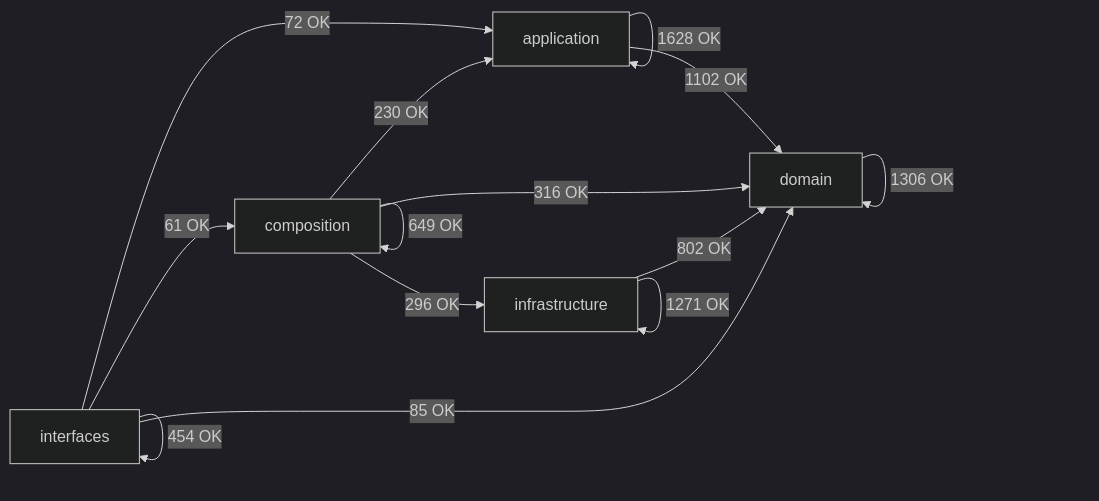
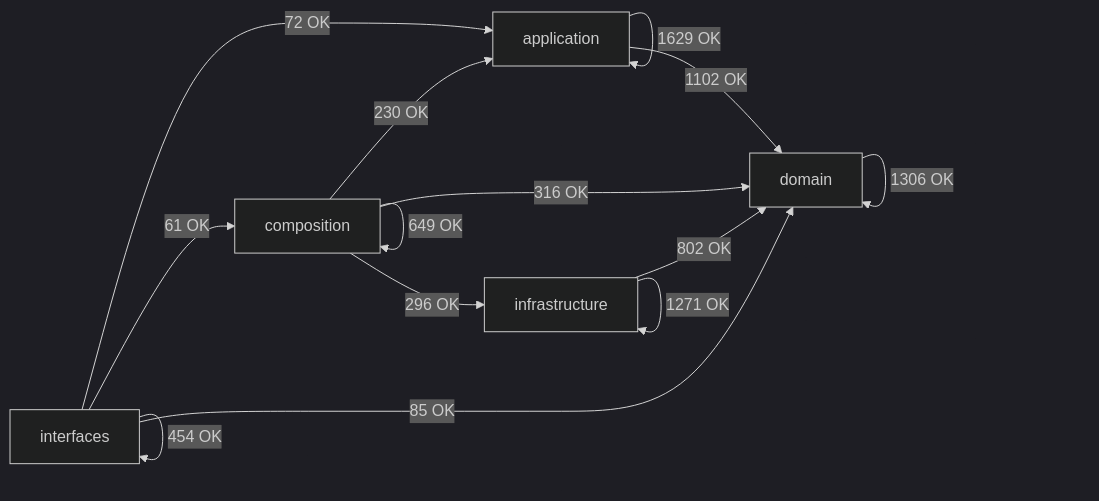
The diagram in docs/02-architecture/generated/module-dependency-map.md (SatoryKono/BioactivityDataAcquisition), drawn with Mermaid (dark theme) before and after one commit. The commit also changed other lines of this file and 11 other files, not shown here.

````diff
--- a/docs/02-architecture/generated/module-dependency-map.md
+++ b/docs/02-architecture/generated/module-dependency-map.md
@@ -17,21 +17,21 @@
 ```mermaid
 flowchart LR
     domain[domain]
     application[application]
     infrastructure[infrastructure]
     composition[composition]
     interfaces[interfaces]
-    application -->|1628 OK| application
+    application -->|1629 OK| application
     application -->|1102 OK| domain
     composition -->|230 OK| application
     composition -->|649 OK| composition
     composition -->|316 OK| domain
     composition -->|296 OK| infrastructure
     domain -->|1306 OK| domain
     infrastructure -->|802 OK| domain
     infrastructure -->|1271 OK| infrastructure
     interfaces -->|72 OK| application
     interfaces -->|61 OK| composition
     interfaces -->|85 OK| domain
     interfaces -->|454 OK| interfaces
 ```
````
